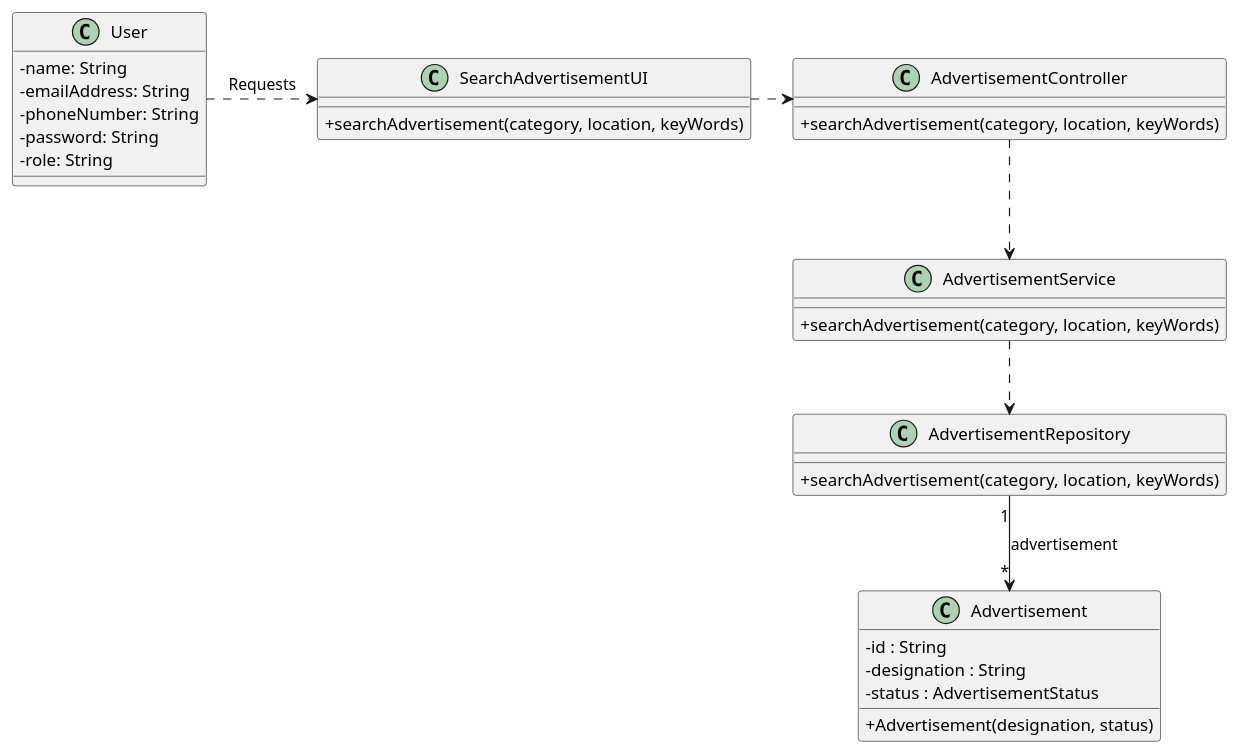
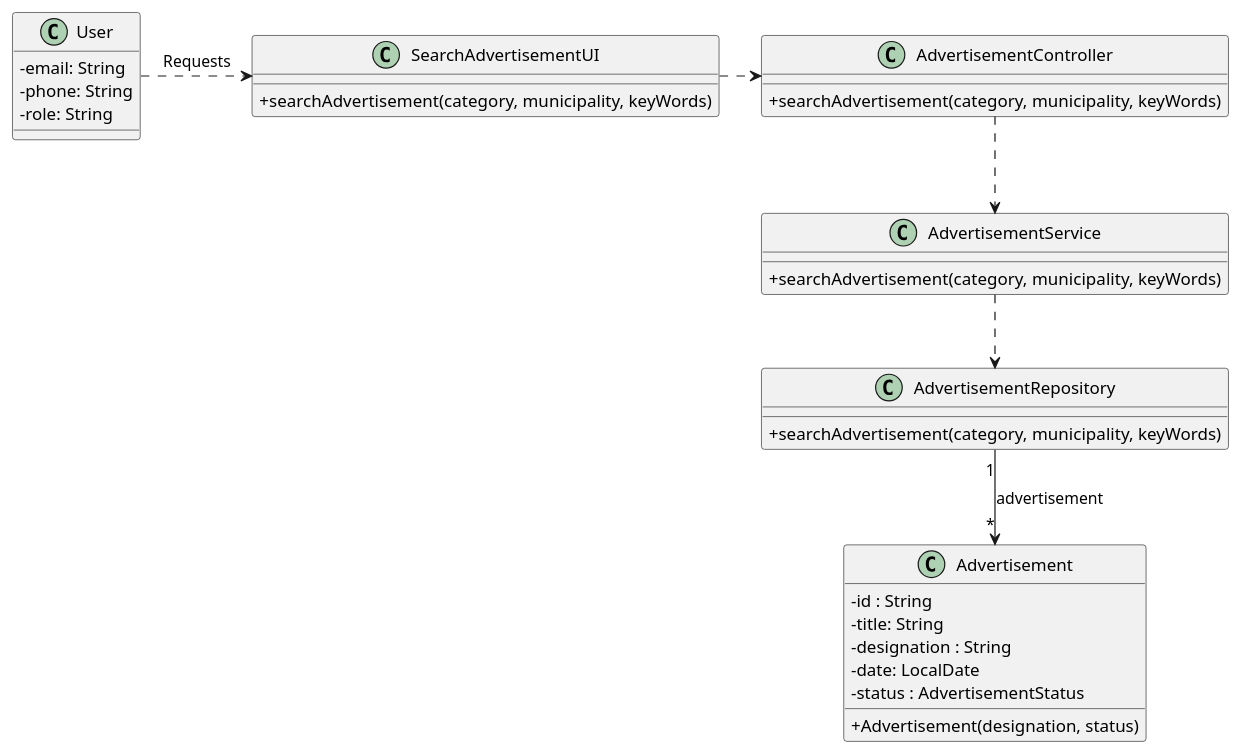
One commit to vivianeaalmeida/ComeAndGet changed the diagram in Docs/US12/03-design/US12-CD.puml. Above: the diagram before and after it, drawn with PlantUML. The commit also changed 25 other files, not shown here.

```diff
--- a/Docs/US12/03-design/US12-CD.puml
+++ b/Docs/US12/03-design/US12-CD.puml
@@ -1,57 +1,57 @@
 @startuml
 skinparam packageStyle rectangle
 skinparam shadowing false
 skinparam linetype polyline
 skinparam classAttributeIconSize 0
 
 class User {
-    - name: String
-    - emailAddress: String
-    - phoneNumber: String
-    - password: String
+    - email: String
+    - phone: String
     - role: String
 }
 
 class SearchAdvertisementUI {
-    + searchAdvertisement(category, location, keyWords)
+    + searchAdvertisement(category, municipality, keyWords)
 }
 
 class Advertisement {
     - id : String
+    - title: String
     - designation : String
+    - date: LocalDate
     - status : AdvertisementStatus
     + Advertisement(designation, status)
 }
 
 'class AdvertisementDTO {
 '    - id : String
 '    - designation : String
  '   + AdvertisementDTO()
 '}
 
 class AdvertisementController {
-    + searchAdvertisement(category, location, keyWords)
+    + searchAdvertisement(category, municipality, keyWords)
 }
 
 class AdvertisementService {
-    + searchAdvertisement(category, location, keyWords)
+    + searchAdvertisement(category, municipality, keyWords)
 }
 
 class AdvertisementRepository {
-    + searchAdvertisement(category, location, keyWords)
+    + searchAdvertisement(category, municipality, keyWords)
 }
 
 'class AdvertisementMapper {
 '    + toEntity()
 '    + toDTO()
 '}
 
 User .> SearchAdvertisementUI : Requests
 SearchAdvertisementUI .> AdvertisementController
 AdvertisementController ..> AdvertisementService
 AdvertisementService ..> AdvertisementRepository
 AdvertisementRepository "1" --> "*" Advertisement : advertisement
 
 
 
 @enduml
```
